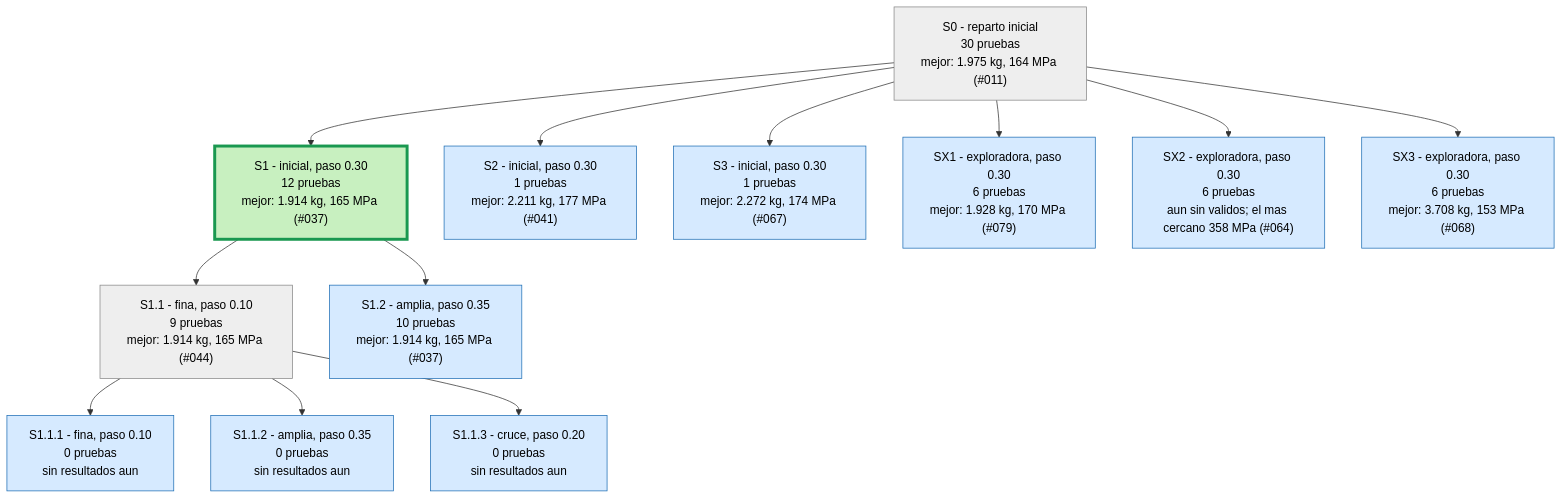
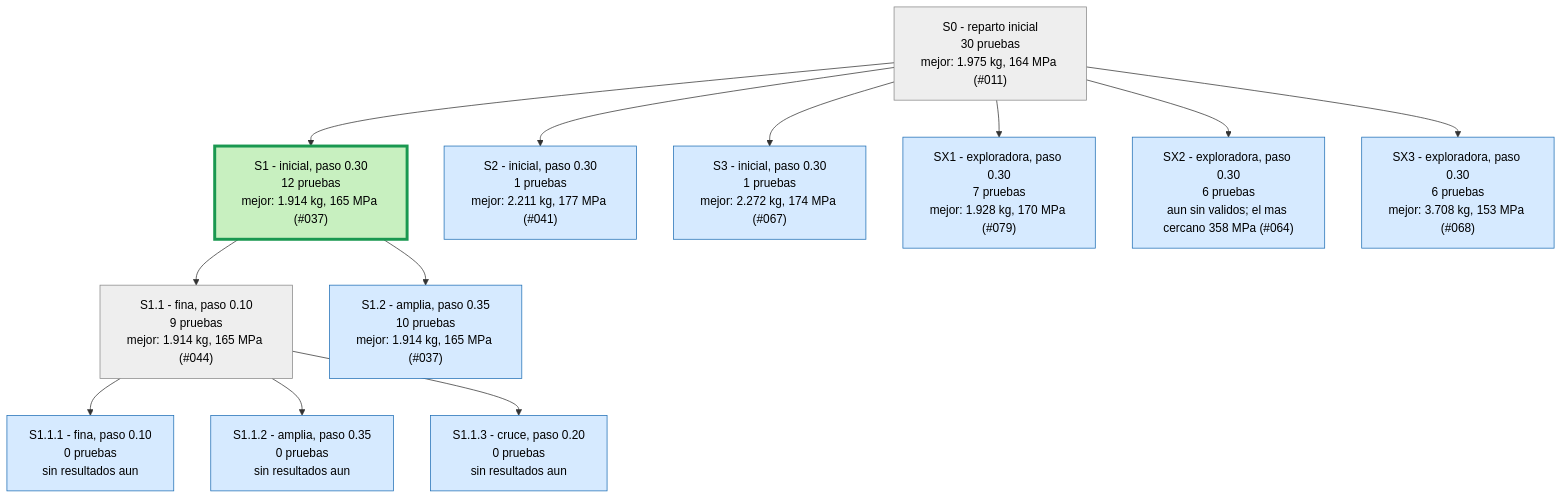
The first of 4 diagrams in runs/opt_37800N/ARBOL.md (Hugiko/msd-soporte-optimizacion), drawn with Mermaid before and after one commit. The commit also changed 32 other files, not shown here.

````diff
--- a/runs/opt_37800N/ARBOL.md
+++ b/runs/opt_37800N/ARBOL.md
@@ -9,29 +9,29 @@
 ```mermaid
 graph TD
 classDef activa fill:#d6eaff,stroke:#1f6fb5,color:#000
 classDef fin fill:#eeeeee,stroke:#888,color:#000
 classDef mejor fill:#c8f0c0,stroke:#1a9850,stroke-width:4px,color:#000
 S0["S0 - reparto inicial<br/>30 pruebas<br/>mejor: 1.975 kg, 164 MPa (#011)"]:::fin
 S1["S1 - inicial, paso 0.30<br/>12 pruebas<br/>mejor: 1.914 kg, 165 MPa (#037)"]:::mejor
 S0 --> S1
 S2["S2 - inicial, paso 0.30<br/>1 pruebas<br/>mejor: 2.211 kg, 177 MPa (#041)"]:::activa
 S0 --> S2
 S3["S3 - inicial, paso 0.30<br/>1 pruebas<br/>mejor: 2.272 kg, 174 MPa (#067)"]:::activa
 S0 --> S3
 S1_1["S1.1 - fina, paso 0.10<br/>9 pruebas<br/>mejor: 1.914 kg, 165 MPa (#044)"]:::fin
 S1 --> S1_1
 S1_2["S1.2 - amplia, paso 0.35<br/>10 pruebas<br/>mejor: 1.914 kg, 165 MPa (#037)"]:::activa
 S1 --> S1_2
 S1_1_1["S1.1.1 - fina, paso 0.10<br/>0 pruebas<br/>sin resultados aun"]:::activa
 S1_1 --> S1_1_1
 S1_1_2["S1.1.2 - amplia, paso 0.35<br/>0 pruebas<br/>sin resultados aun"]:::activa
 S1_1 --> S1_1_2
 S1_1_3["S1.1.3 - cruce, paso 0.20<br/>0 pruebas<br/>sin resultados aun"]:::activa
 S1_1 --> S1_1_3
-SX1["SX1 - exploradora, paso 0.30<br/>6 pruebas<br/>mejor: 1.928 kg, 170 MPa (#079)"]:::activa
+SX1["SX1 - exploradora, paso 0.30<br/>7 pruebas<br/>mejor: 1.928 kg, 170 MPa (#079)"]:::activa
 S0 --> SX1
 SX2["SX2 - exploradora, paso 0.30<br/>6 pruebas<br/>aun sin validos; el mas cercano 358 MPa (#064)"]:::activa
 S0 --> SX2
 SX3["SX3 - exploradora, paso 0.30<br/>6 pruebas<br/>mejor: 3.708 kg, 153 MPa (#068)"]:::activa
 S0 --> SX3
 ```
````
